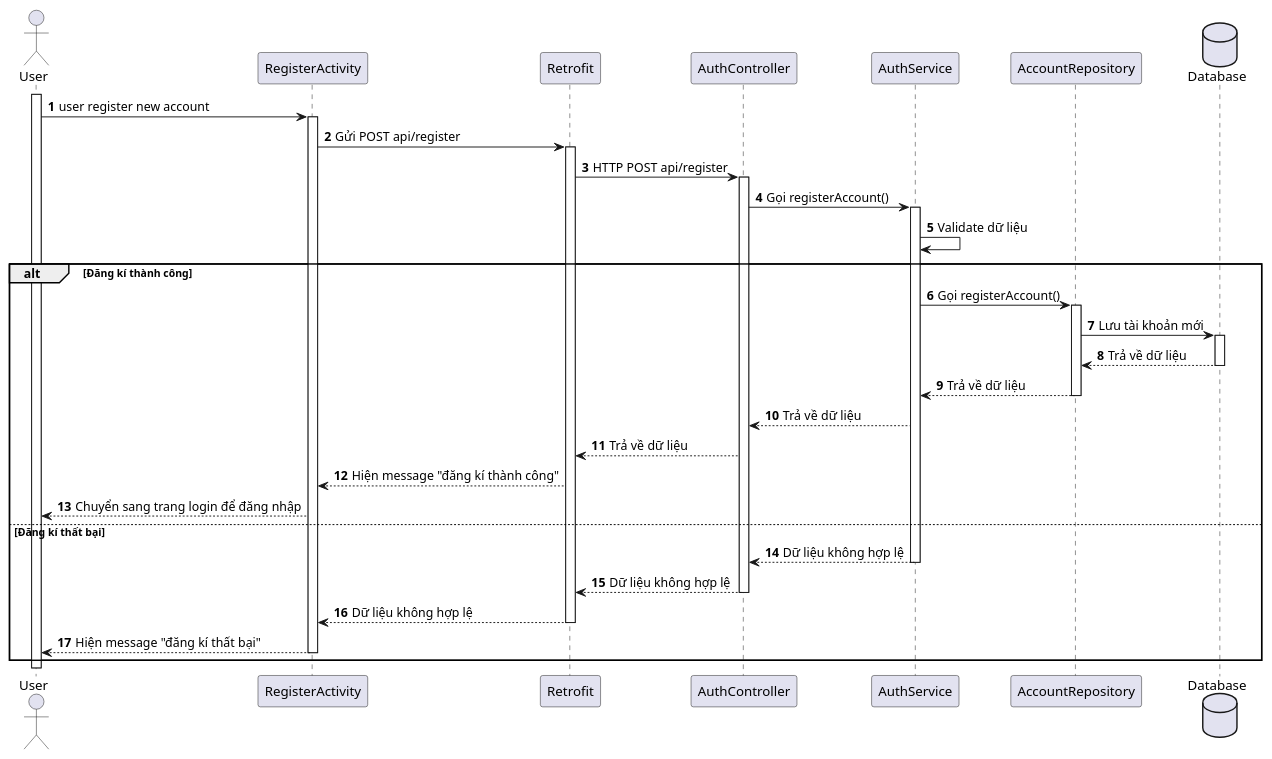
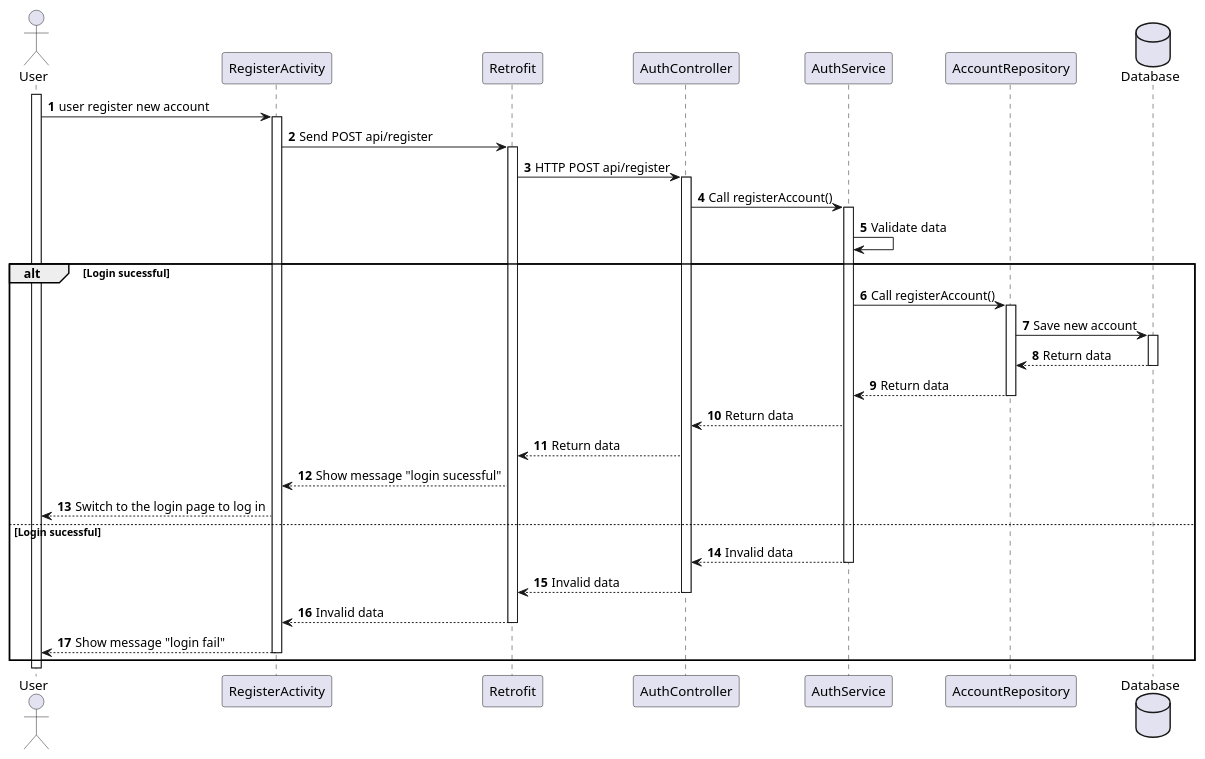
One commit to Annthe160639/japanese-app changed the diagram in japanese-app/plant_uml/Register.puml. Above: the diagram before and after it, drawn with PlantUML. The commit also changed 8 other files, not shown here.

Commit message:
update sequence

```diff
--- a/japanese-app/plant_uml/Register.puml
+++ b/japanese-app/plant_uml/Register.puml
@@ -1,45 +1,45 @@
 @startuml
 'https://plantuml.com/sequence-diagram
 
 autonumber
 actor User
 participant RegisterActivity as Register
 participant Retrofit
 participant AuthController
 participant AuthService
 participant AccountRepository
 
 database  Database
 
 activate User
 
 User -> Register: user register new account
 activate Register
 
 
-Register -> Retrofit: Gửi POST api/register
+Register -> Retrofit: Send POST api/register
 activate Retrofit
 Retrofit -> AuthController++: HTTP POST api/register
-AuthController -> AuthService++: Gọi registerAccount()
-AuthService -> AuthService: Validate dữ liệu
+AuthController -> AuthService++: Call registerAccount()
+AuthService -> AuthService: Validate data
 
 
-alt Đăng kí thành công
-AuthService -> AccountRepository++: Gọi registerAccount()
-AccountRepository -> Database++: Lưu tài khoản mới
-Database --> AccountRepository--: Trả về dữ liệu
-AccountRepository --> AuthService--: Trả về dữ liệu
-AuthService --> AuthController: Trả về dữ liệu
-AuthController --> Retrofit: Trả về dữ liệu
-Retrofit --> Register: Hiện message "đăng kí thành công"
-Register --> User: Chuyển sang trang login để đăng nhập
-else Đăng kí thất bại
-    AuthService --> AuthController--: Dữ liệu không hợp lệ
-    AuthController --> Retrofit--: Dữ liệu không hợp lệ
-    Retrofit --> Register--: Dữ liệu không hợp lệ
+alt Login sucessful
+AuthService -> AccountRepository++: Call registerAccount()
+AccountRepository -> Database++: Save new account
+Database --> AccountRepository--:  Return data
+AccountRepository --> AuthService--: Return data
+AuthService --> AuthController: Return data
+AuthController --> Retrofit: Return data
+Retrofit --> Register: Show message "login sucessful"
+Register --> User: Switch to the login page to log in
+else Login sucessful
+    AuthService --> AuthController--: Invalid data
+    AuthController --> Retrofit--: Invalid data
+    Retrofit --> Register--: Invalid data
 
-    Register --> User--: Hiện message "đăng kí thất bại"
+    Register --> User--: Show message "login fail"
 
 end
 
 @enduml
```
